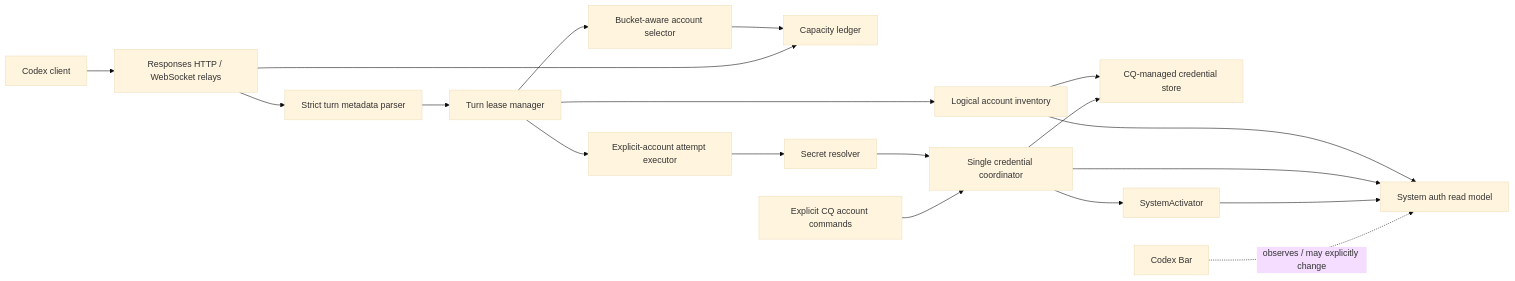
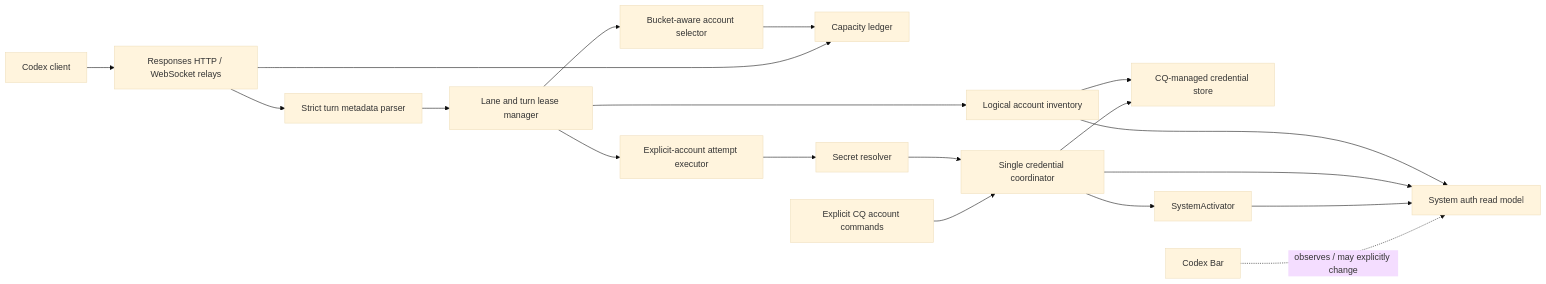
Before and after one commit to jacobcxdev/cq: the diagram in docs/superpowers/specs/2026-08-08-codex-turn-aware-routing-design.md, drawn with Mermaid (base theme). The commit also changed other lines of this file, not shown here.

First line of the commit message:
docs: clarified turn succession

````diff
--- a/docs/superpowers/specs/2026-08-08-codex-turn-aware-routing-design.md
+++ b/docs/superpowers/specs/2026-08-08-codex-turn-aware-routing-design.md
@@ -168,21 +183,21 @@
 ```mermaid
 flowchart LR
     Client["Codex client"] --> Relay["Responses HTTP / WebSocket relays"]
     Relay --> Metadata["Strict turn metadata parser"]
-    Metadata --> Lease["Turn lease manager"]
+    Metadata --> Lease["Lane and turn lease manager"]
     Lease --> Selector["Bucket-aware account selector"]
     Selector --> Capacity["Capacity ledger"]
     Lease --> Attempt["Explicit-account attempt executor"]
     Attempt --> Resolver["Secret resolver"]
     Resolver --> Coordinator["Single credential coordinator"]
     Lease --> Inventory["Logical account inventory"]
     Inventory --> Managed["CQ-managed credential store"]
     Inventory --> System["System auth read model"]
     Coordinator --> Managed
     Coordinator --> System
     Relay --> Capacity
     Explicit["Explicit CQ account commands"] --> Coordinator
     Coordinator --> Activator["SystemActivator"]
     Activator --> System
     CodexBar["Codex Bar"] -. "observes / may explicitly change" .-> System
 ```
````
